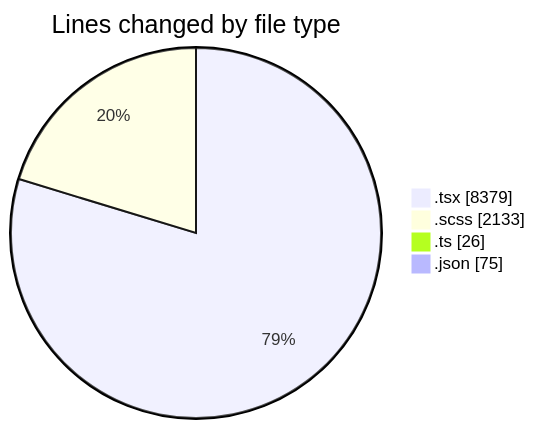
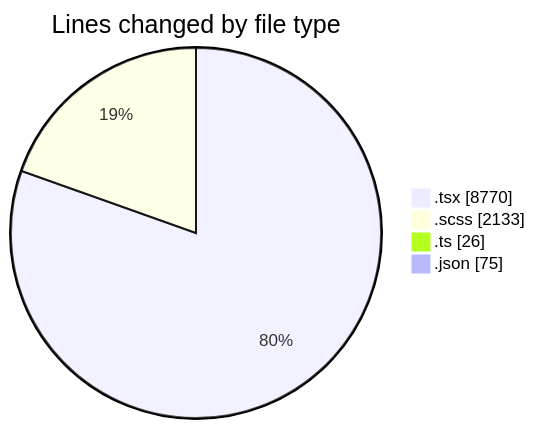
Before and after one commit to momahboobian/code-tracking: the first of 2 diagrams in 2025-04-09/cda/README.md, drawn with Mermaid. The commit also changed other lines of this file and 1 other file, not shown here.

````diff
--- a/2025-04-09/cda/README.md
+++ b/2025-04-09/cda/README.md
@@ -50,8 +51,8 @@
 ```mermaid
 pie showData
 title Lines changed by file type
-".tsx" : 8379
+".tsx" : 8770
 ".scss" : 2133
 ".ts" : 26
 ".json" : 75
 ```
````
